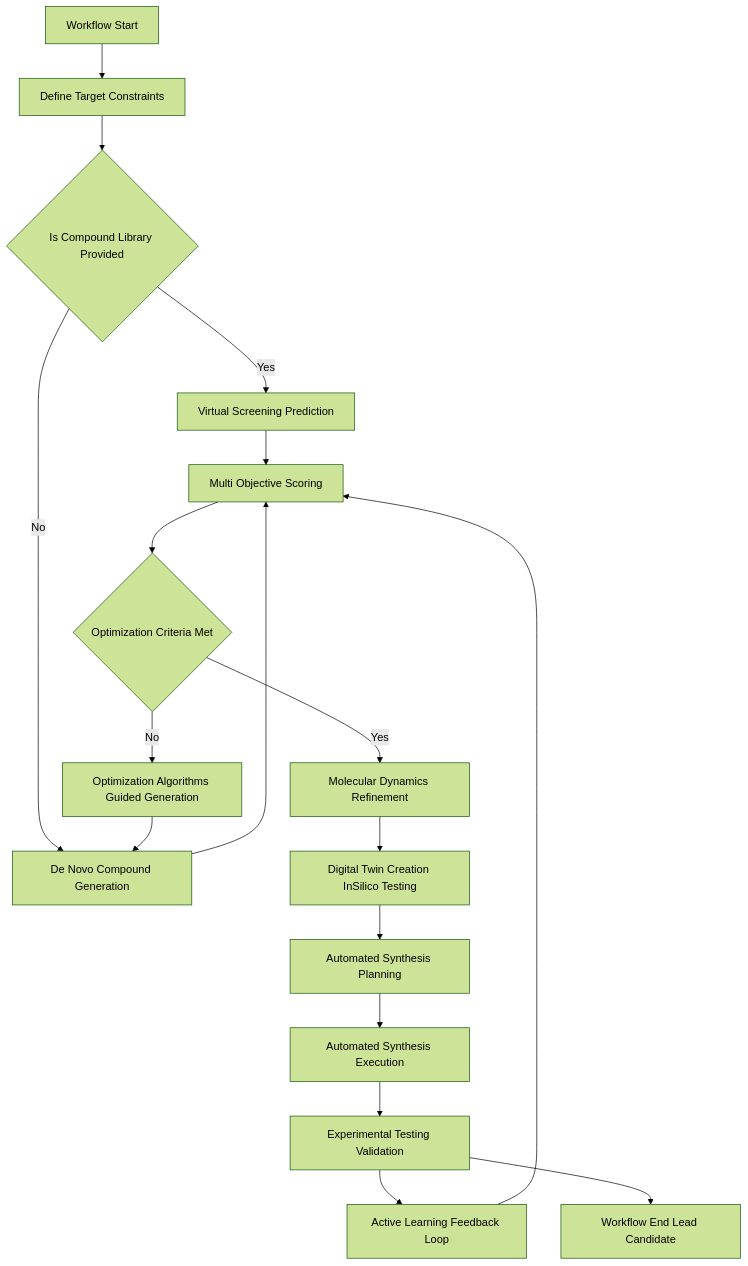
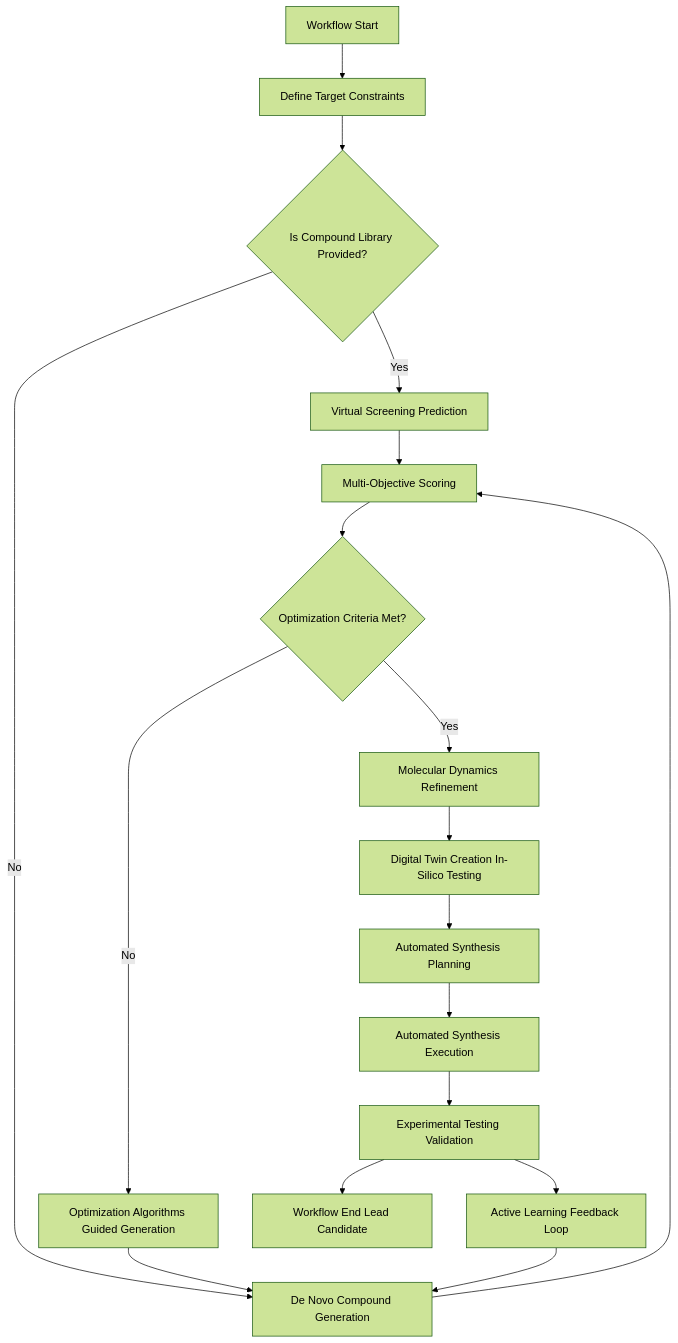
Before and after one commit to diplomat-bit/Citibank_Demo_Business_Inc_Demonstration-: the second of 10 diagrams in inventions/075_ai_drug_discovery_simulation.md, drawn with Mermaid (forest theme). The commit also changed other lines of this file, not shown here.

````diff
--- a/inventions/075_ai_drug_discovery_simulation.md
+++ b/inventions/075_ai_drug_discovery_simulation.md
@@ -157,20 +244,20 @@
 ```mermaid
 graph TD
     Start[Workflow Start] --> A[Define Target Constraints]
-    A --> B{Is Compound Library Provided}
+    A --> B{Is Compound Library Provided?}
     B -- Yes --> C[Virtual Screening Prediction]
     B -- No --> D[De Novo Compound Generation]
-    C --> E[Multi Objective Scoring]
+    C --> E[Multi-Objective Scoring]
     D --> E
-    E --> F{Optimization Criteria Met}
+    E --> F{Optimization Criteria Met?}
     F -- No --> G[Optimization Algorithms Guided Generation]
     G --> D
     F -- Yes --> H[Molecular Dynamics Refinement]
-    H --> I[Digital Twin Creation InSilico Testing]
+    H --> I[Digital Twin Creation In-Silico Testing]
     I --> J[Automated Synthesis Planning]
     J --> K[Automated Synthesis Execution]
     K --> L[Experimental Testing Validation]
     L --> M[Active Learning Feedback Loop]
-    M --> E
+    M --> D
     L --> End[Workflow End Lead Candidate]
 ```
````
